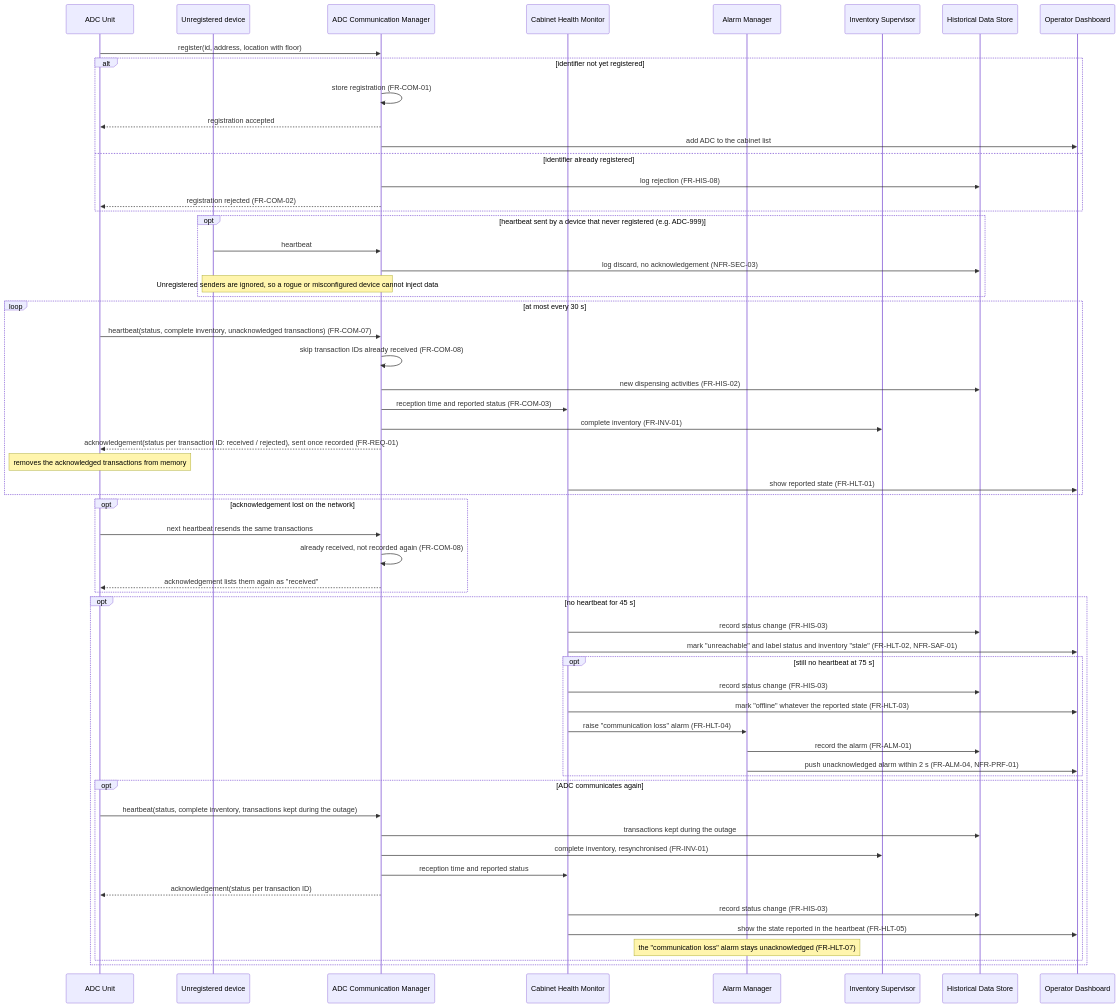
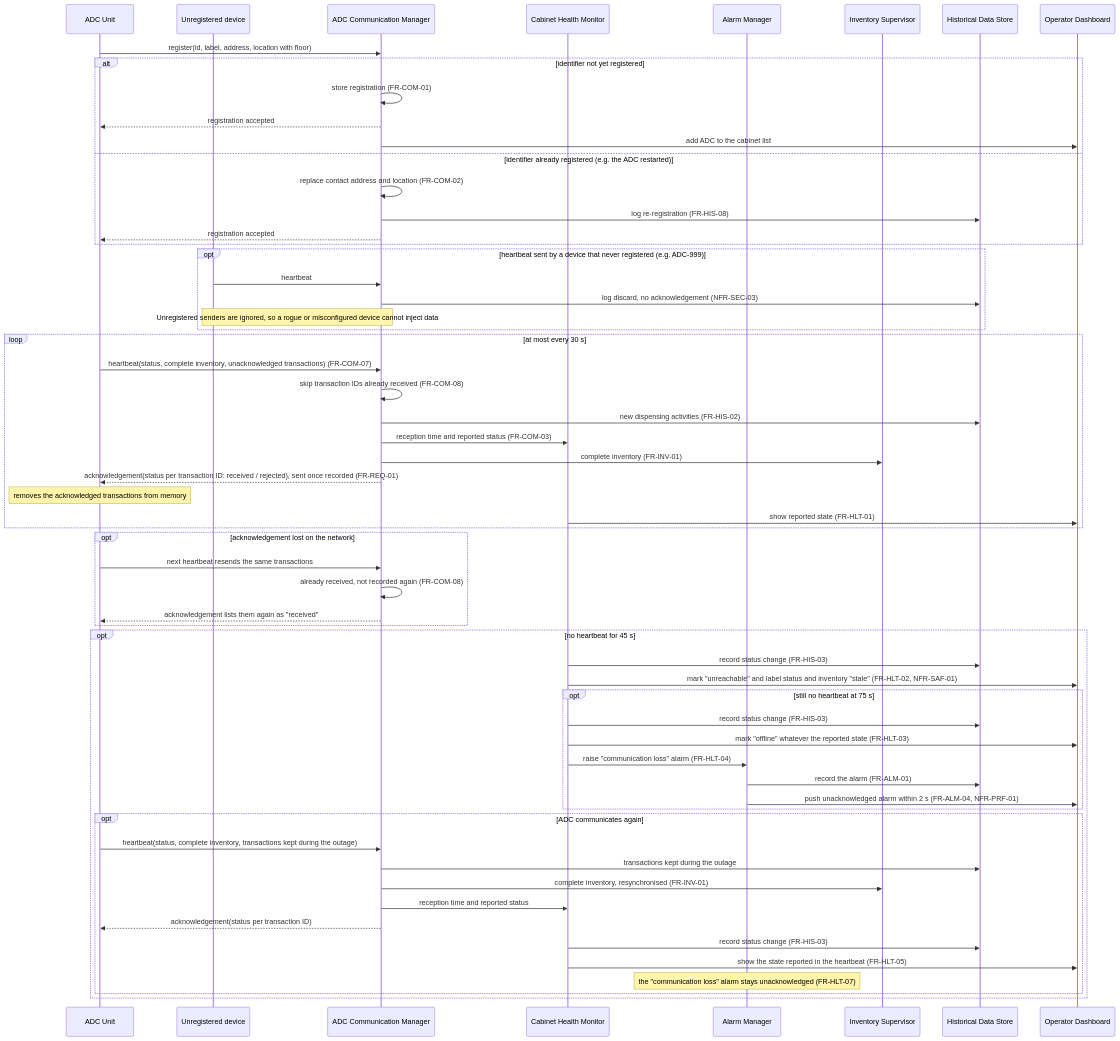
One commit to LukaMrt/3K04-project changed the first of 3 diagrams in docs/part-b/deliverable-1/diagrams/sequence-diagram.md. Above: the diagram before and after it, drawn with Mermaid. The commit also changed other lines of this file and 8 other files, not shown here.

````diff
--- a/docs/part-b/deliverable-1/diagrams/sequence-diagram.md
+++ b/docs/part-b/deliverable-1/diagrams/sequence-diagram.md
@@ -5,66 +7,67 @@
 ```mermaid
 sequenceDiagram
     participant ADC as ADC Unit
     participant Unknown as Unregistered device
     participant CommMgr as ADC Communication Manager
     participant HealthMon as Cabinet Health Monitor
     participant AlarmMgr as Alarm Manager
     participant InvSup as Inventory Supervisor
     participant HistStore as Historical Data Store
     participant Dashboard as Operator Dashboard
 
-    ADC->>CommMgr: register(id, address, location with floor)
+    ADC->>CommMgr: register(id, label, address, location with floor)
     alt identifier not yet registered
         CommMgr->>CommMgr: store registration (FR-COM-01)
         CommMgr-->>ADC: registration accepted
         CommMgr->>Dashboard: add ADC to the cabinet list
-    else identifier already registered
-        CommMgr->>HistStore: log rejection (FR-HIS-08)
-        CommMgr-->>ADC: registration rejected (FR-COM-02)
+    else identifier already registered (e.g. the ADC restarted)
+        CommMgr->>CommMgr: replace contact address and location (FR-COM-02)
+        CommMgr->>HistStore: log re-registration (FR-HIS-08)
+        CommMgr-->>ADC: registration accepted
     end
 
     opt heartbeat sent by a device that never registered (e.g. ADC-999)
         Unknown->>CommMgr: heartbeat
         CommMgr->>HistStore: log discard, no acknowledgement (NFR-SEC-03)
         Note over Unknown,CommMgr: Unregistered senders are ignored, so a rogue or misconfigured device cannot inject data
     end
 
     loop at most every 30 s
         ADC->>CommMgr: heartbeat(status, complete inventory, unacknowledged transactions) (FR-COM-07)
         CommMgr->>CommMgr: skip transaction IDs already received (FR-COM-08)
         CommMgr->>HistStore: new dispensing activities (FR-HIS-02)
         CommMgr->>HealthMon: reception time and reported status (FR-COM-03)
         CommMgr->>InvSup: complete inventory (FR-INV-01)
         CommMgr-->>ADC: acknowledgement(status per transaction ID: received / rejected), sent once recorded (FR-REQ-01)
         Note over ADC: removes the acknowledged transactions from memory
         HealthMon->>Dashboard: show reported state (FR-HLT-01)
     end
 
     opt acknowledgement lost on the network
         ADC->>CommMgr: next heartbeat resends the same transactions
         CommMgr->>CommMgr: already received, not recorded again (FR-COM-08)
         CommMgr-->>ADC: acknowledgement lists them again as "received"
     end
 
     opt no heartbeat for 45 s
         HealthMon->>HistStore: record status change (FR-HIS-03)
         HealthMon->>Dashboard: mark "unreachable" and label status and inventory "stale" (FR-HLT-02, NFR-SAF-01)
         opt still no heartbeat at 75 s
             HealthMon->>HistStore: record status change (FR-HIS-03)
             HealthMon->>Dashboard: mark "offline" whatever the reported state (FR-HLT-03)
             HealthMon->>AlarmMgr: raise "communication loss" alarm (FR-HLT-04)
             AlarmMgr->>HistStore: record the alarm (FR-ALM-01)
             AlarmMgr->>Dashboard: push unacknowledged alarm within 2 s (FR-ALM-04, NFR-PRF-01)
         end
         opt ADC communicates again
             ADC->>CommMgr: heartbeat(status, complete inventory, transactions kept during the outage)
             CommMgr->>HistStore: transactions kept during the outage
             CommMgr->>InvSup: complete inventory, resynchronised (FR-INV-01)
             CommMgr->>HealthMon: reception time and reported status
             CommMgr-->>ADC: acknowledgement(status per transaction ID)
             HealthMon->>HistStore: record status change (FR-HIS-03)
             HealthMon->>Dashboard: show the state reported in the heartbeat (FR-HLT-05)
             Note over AlarmMgr: the "communication loss" alarm stays unacknowledged (FR-HLT-07)
         end
     end
 ```
````
